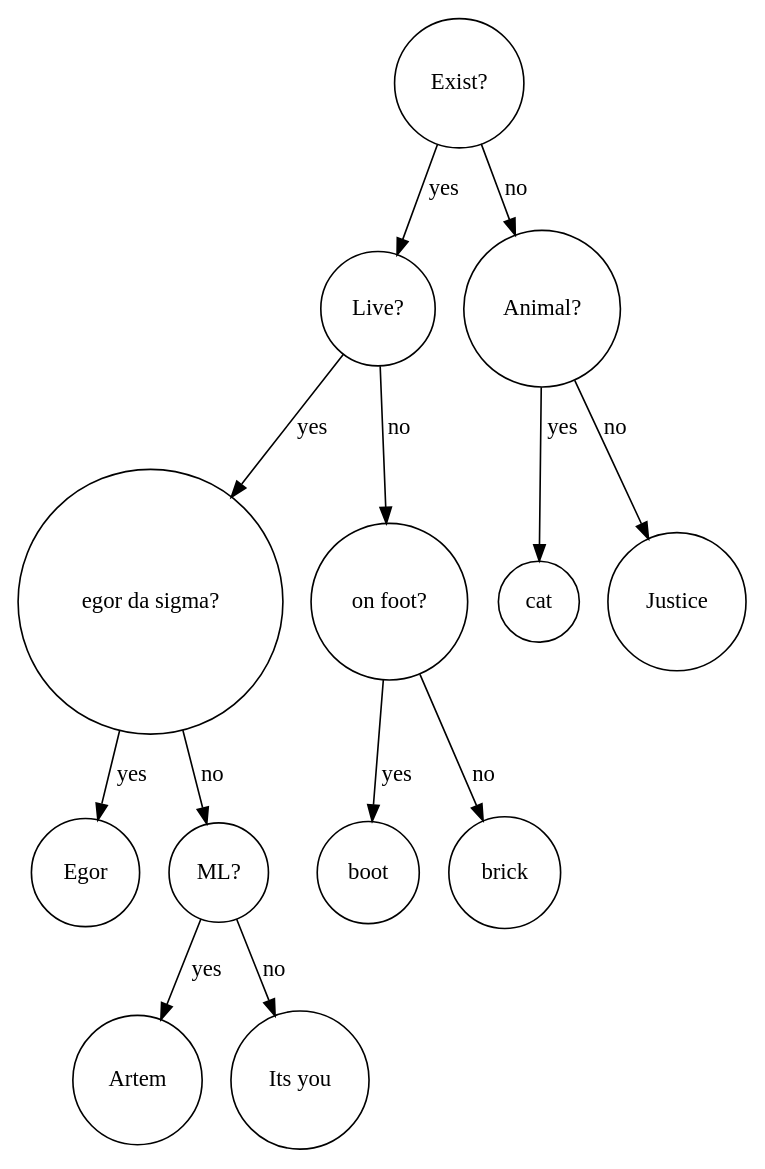
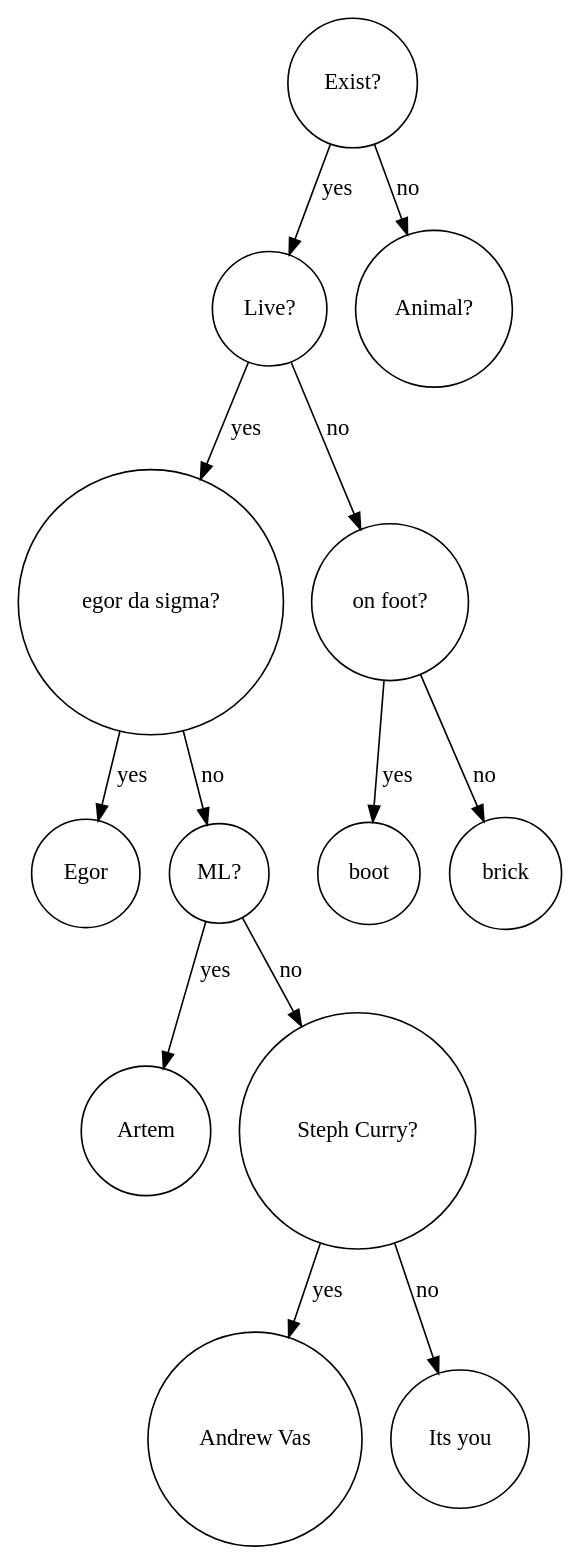
The diagram in tree/akinator/bst_visual_log/bst_12.dot (fl4cko11/Huawei_MIPT), drawn with Graphviz before and after one commit. The commit also changed 18 other files, not shown here.

```diff
--- a/tree/akinator/bst_visual_log/bst_12.dot
+++ b/tree/akinator/bst_visual_log/bst_12.dot
@@ -1,15 +1,15 @@
 digraph BST {
     node [shape=circle];
     "Exist?" -> "Live?" [label="yes"];
     "Exist?" -> "Animal?" [label="no"];
     "Live?" -> "egor da sigma?" [label="yes"];
     "Live?" -> "on foot?" [label="no"];
     "egor da sigma?" -> "Egor" [label="yes"];
     "egor da sigma?" -> "ML?" [label="no"];
     "ML?" -> "Artem" [label="yes"];
-    "ML?" -> "Its you" [label="no"];
+    "ML?" -> "Steph Curry?" [label="no"];
+    "Steph Curry?" -> "Andrew Vas" [label="yes"];
+    "Steph Curry?" -> "Its you" [label="no"];
     "on foot?" -> "boot" [label="yes"];
     "on foot?" -> "brick" [label="no"];
-    "Animal?" -> "cat" [label="yes"];
-    "Animal?" -> "Justice" [label="no"];
 }
```
